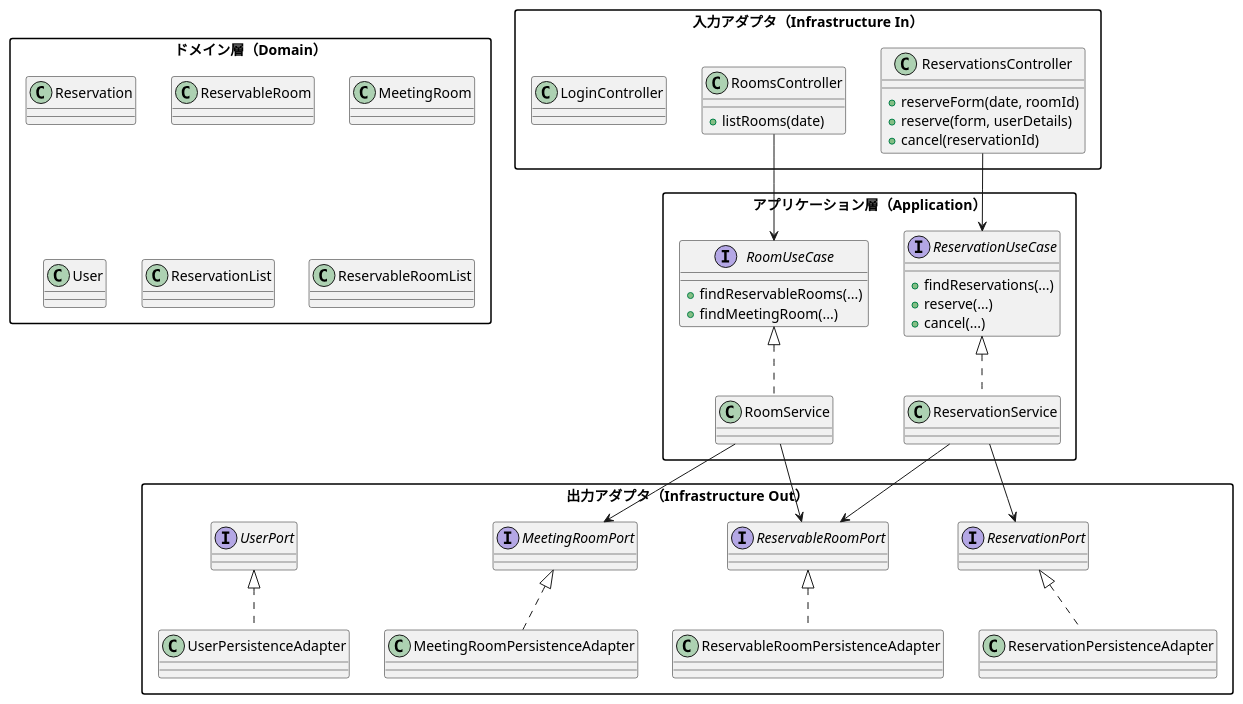
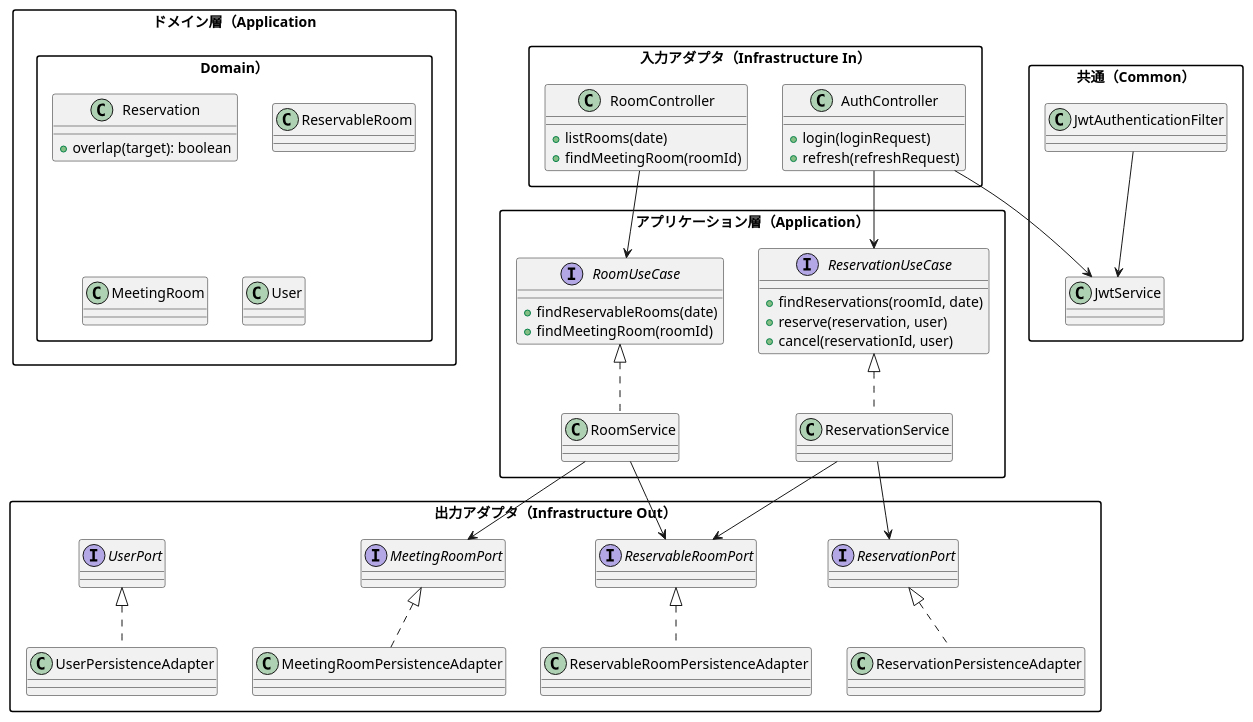
Before and after one commit to k2works/ai-programing-exercise: the first of 2 diagrams in docs/design/アーキテクチャ.md, drawn with PlantUML. The commit also changed other lines of this file and 1 other file, not shown here.

First line of the commit message:
docs: update architecture documentation to match current implementation

````diff
--- a/docs/design/アーキテクチャ.md
+++ b/docs/design/アーキテクチャ.md
@@ -18,57 +18,63 @@
 ```plantuml
 @startuml
 skinparam packageStyle rectangle
 package "入力アダプタ（Infrastructure In）" {
-  class ReservationsController {
-    +reserveForm(date, roomId)
-    +reserve(form, userDetails)
-    +cancel(reservationId)
+  class AuthController {
+    +login(loginRequest)
+    +refresh(refreshRequest)
   }
-  class RoomsController {
+  class RoomController {
     +listRooms(date)
+    +findMeetingRoom(roomId)
   }
-  class LoginController {}
 }
 
 package "アプリケーション層（Application）" {
   interface ReservationUseCase {
-    +findReservations(...)
-    +reserve(...)
-    +cancel(...)
+    +findReservations(roomId, date)
+    +reserve(reservation, user)
+    +cancel(reservationId, user)
   }
   interface RoomUseCase {
-    +findReservableRooms(...)
-    +findMeetingRoom(...)
+    +findReservableRooms(date)
+    +findMeetingRoom(roomId)
   }
   class ReservationService implements ReservationUseCase
   class RoomService implements RoomUseCase
 }
 
-package "ドメイン層（Domain）" {
-  class Reservation {}
+package "ドメイン層（Application.Domain）" {
+  class Reservation {
+    +overlap(target): boolean
+  }
   class ReservableRoom
   class MeetingRoom
   class User
-  class ReservationList
-  class ReservableRoomList
 }
 
 package "出力アダプタ（Infrastructure Out）" {
   interface ReservationPort
   interface ReservableRoomPort
   interface MeetingRoomPort
   interface UserPort
   class ReservationPersistenceAdapter implements ReservationPort
   class ReservableRoomPersistenceAdapter implements ReservableRoomPort
   class MeetingRoomPersistenceAdapter implements MeetingRoomPort
   class UserPersistenceAdapter implements UserPort
 }
 
-ReservationsController --> ReservationUseCase
-RoomsController --> RoomUseCase
+package "共通（Common）" {
+  class JwtAuthenticationFilter
+  class JwtService
+}
+
+AuthController --> ReservationUseCase
+AuthController --> JwtService
+RoomController --> RoomUseCase
 ReservationService --> ReservationPort
 ReservationService --> ReservableRoomPort
 RoomService --> ReservableRoomPort
 RoomService --> MeetingRoomPort
+JwtAuthenticationFilter --> JwtService
 @enduml
 ```
````
